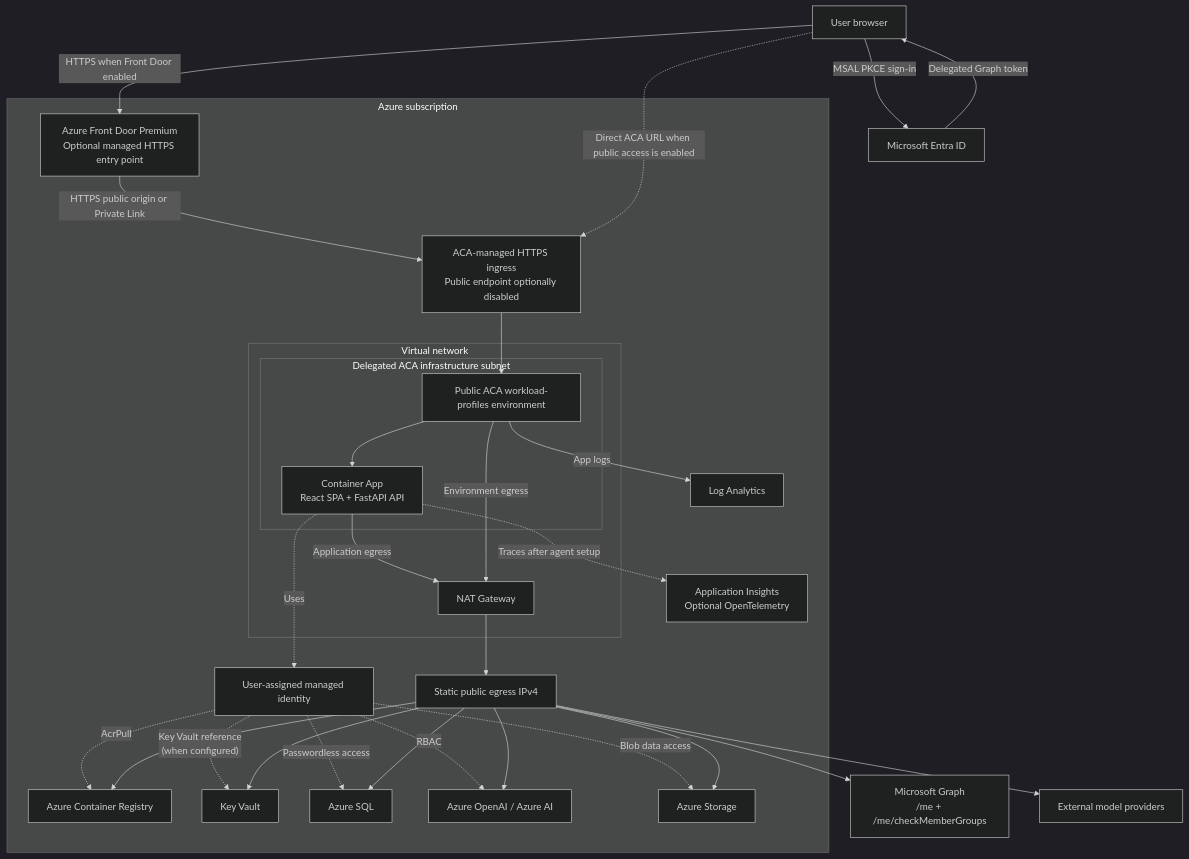
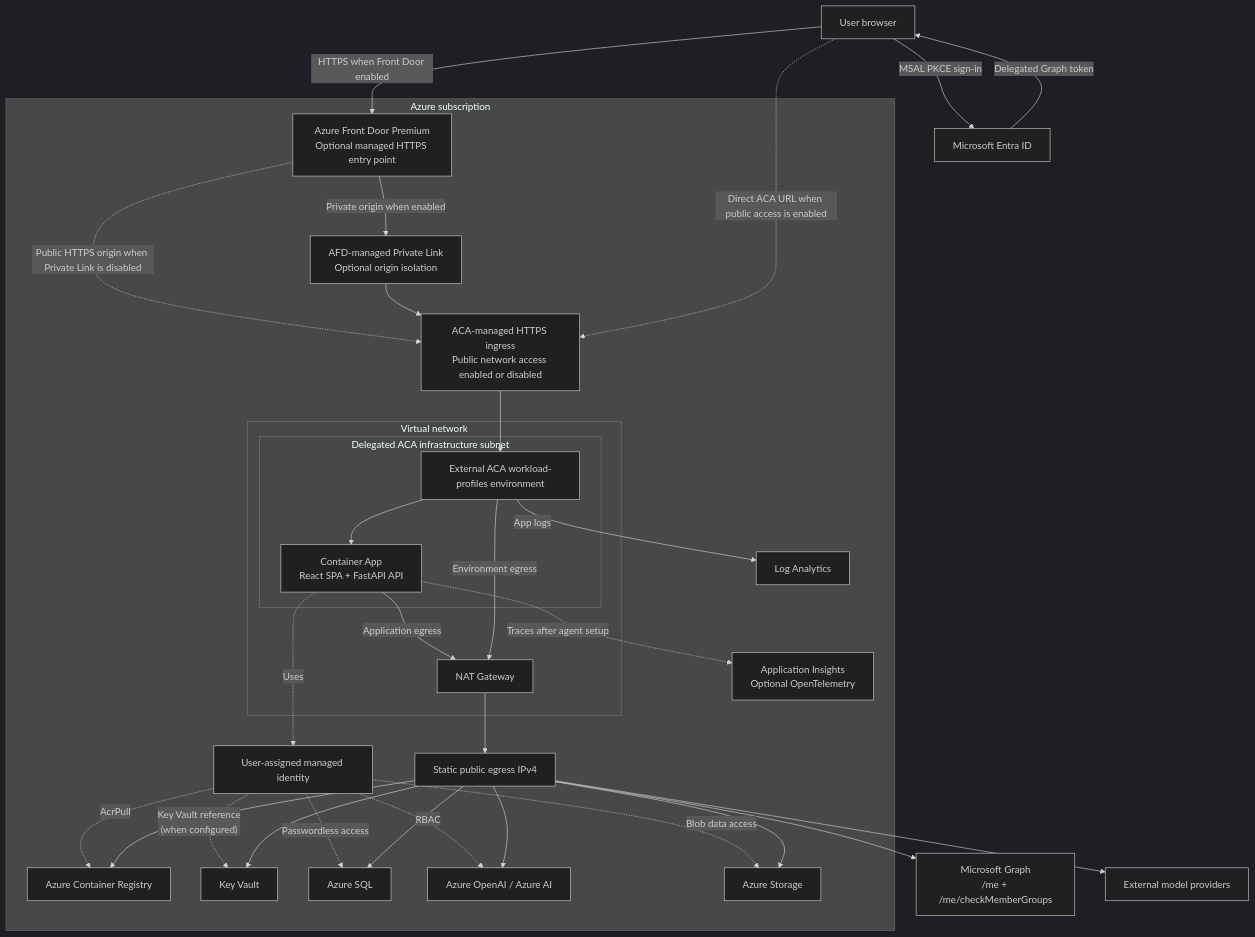
Before and after one commit to microsoft/PyRIT: the diagram in infra/README.md, drawn with Mermaid (dark theme).

Commit message:
DOC: Clarify AFD Private Link topology

````diff
--- a/infra/README.md
+++ b/infra/README.md
@@ -7,59 +7,62 @@
 ```mermaid
 flowchart TB
   user["User browser"]
   entra["Microsoft Entra ID"]
   msGraph["Microsoft Graph<br/>/me + /me/checkMemberGroups"]
   providers["External model providers"]
 
   subgraph azure["Azure subscription"]
     frontDoor["Azure Front Door Premium<br/>Optional managed HTTPS entry point"]
-    ingress["ACA-managed HTTPS ingress<br/>Public endpoint optionally disabled"]
+    privateLink["AFD-managed Private Link<br/>Optional origin isolation"]
+    ingress["ACA-managed HTTPS ingress<br/>Public network access enabled or disabled"]
 
     subgraph vnet["Virtual network"]
       subgraph subnet["Delegated ACA infrastructure subnet"]
-        environment["Public ACA workload-profiles environment"]
+        environment["External ACA workload-profiles environment"]
         app["Container App<br/>React SPA + FastAPI API"]
         environment --> app
       end
       nat["NAT Gateway"]
     end
 
     egress["Static public egress IPv4"]
     identity["User-assigned managed identity"]
     acr["Azure Container Registry"]
     keyVault["Key Vault"]
     sql["Azure SQL"]
     azureAi["Azure OpenAI / Azure AI"]
     storage["Azure Storage"]
     logAnalytics["Log Analytics"]
     appInsights["Application Insights<br/>Optional OpenTelemetry"]
   end
 
   user -->|"HTTPS when Front Door enabled"| frontDoor
-  frontDoor -->|"HTTPS public origin or Private Link"| ingress
+  frontDoor -.->|"Public HTTPS origin when Private Link is disabled"| ingress
+  frontDoor -->|"Private origin when enabled"| privateLink
+  privateLink --> ingress
   user -.->|"Direct ACA URL when public access is enabled"| ingress
   ingress --> environment
   user -->|"MSAL PKCE sign-in"| entra
   entra -->|"Delegated Graph token"| user
 
   app -.->|"Uses"| identity
   identity -.->|"AcrPull"| acr
   identity -.->|"Key Vault reference<br/>(when configured)"| keyVault
   identity -.->|"Passwordless access"| sql
   identity -.->|"RBAC"| azureAi
   identity -.->|"Blob data access"| storage
 
   app -->|"Application egress"| nat
   environment -->|"Environment egress"| nat
   nat --> egress
   egress --> msGraph
   egress --> acr
   egress --> keyVault
   egress --> sql
   egress --> azureAi
   egress --> storage
   egress --> providers
 
   environment -->|"App logs"| logAnalytics
   app -.->|"Traces after agent setup"| appInsights
 ```
````
